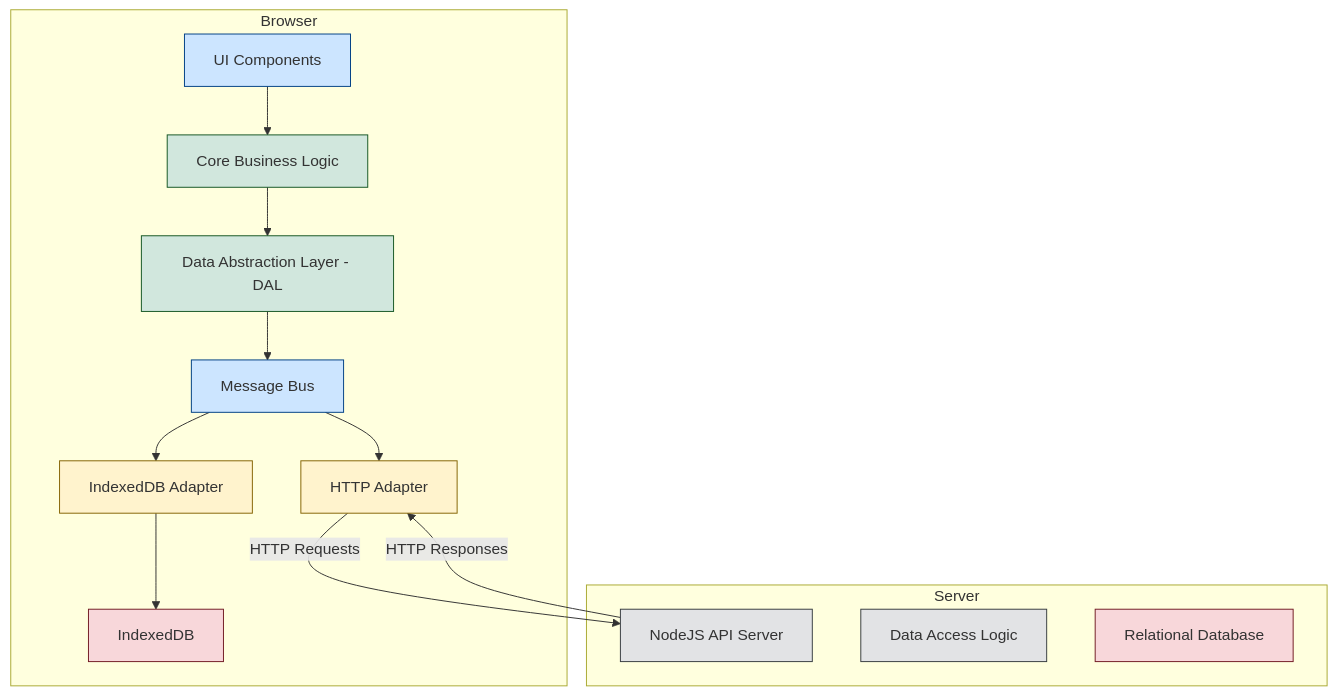
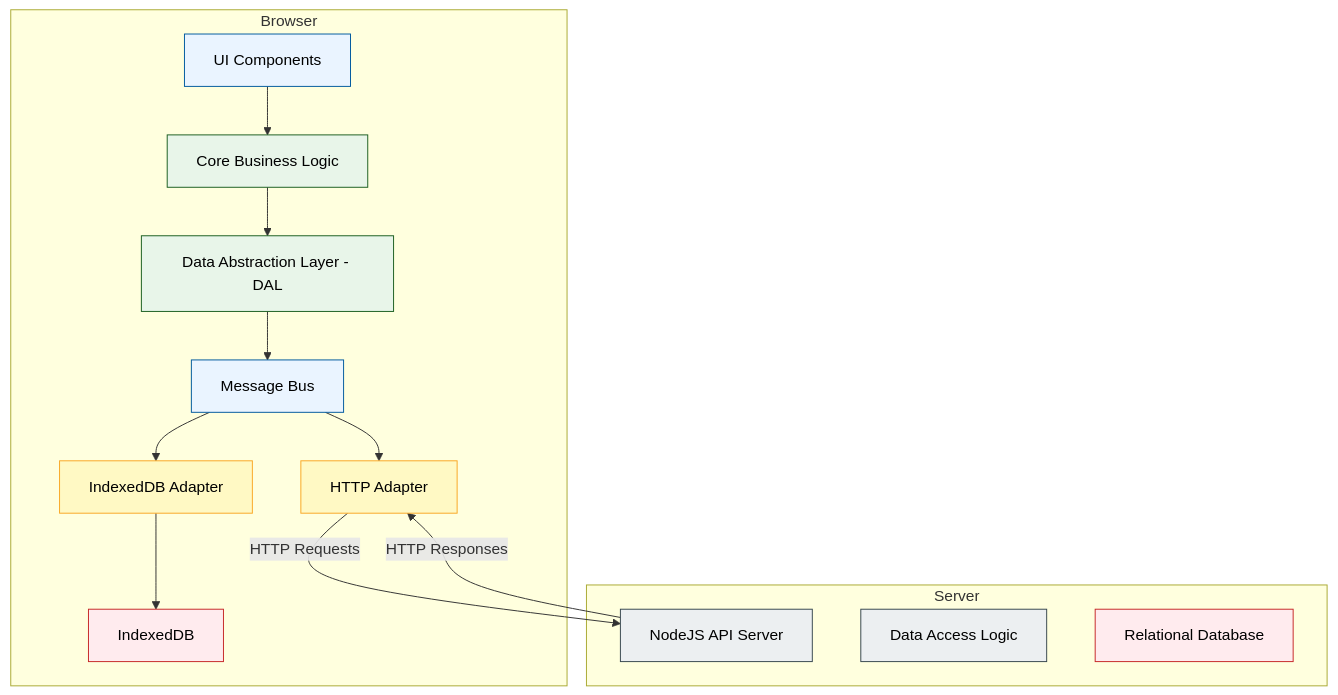
One commit to rngadam/flashcards changed the first of 3 diagrams in DESIGN.md. Above: the diagram before and after it, drawn with Mermaid. The commit also changed other lines of this file, not shown here.

First line of the commit message:
docs: Fix Mermaid diagram syntax and improve readability

````diff
--- a/DESIGN.md
+++ b/DESIGN.md
@@ -16,40 +16,39 @@
 ```mermaid
 graph TD
     subgraph Browser
         A[UI Components]
         B[Core Business Logic]
         C[Data Abstraction Layer - DAL]
         D[Message Bus]
         E[IndexedDB Adapter]
         F[HTTP Adapter]
         G[IndexedDB]
     end
 
     subgraph Server
         H[NodeJS API Server]
         I[Data Access Logic]
         J[Relational Database]
     end
 
     A --> B
     B --> C
     C --> D
     D --> E
     D --> F
     E --> G
     F -- HTTP Requests --> H
     H -- HTTP Responses --> F
 
-    classDef ui fill:#cce5ff,stroke:#004085,stroke-width:1px;
-    classDef logic fill:#d1e7dd,stroke:#155724,stroke-width:1px;
-    classDef adapter fill:#fff3cd,stroke:#856404,stroke-width:1px;
-    classDef datastore fill:#f8d7da,stroke:#721c24,stroke-width:1px;
-    classDef server fill:#e2e3e5,stroke:#383d41,stroke-width:1px;
+    classDef ui fill:#eaf4ff,stroke:#005a9e,stroke-width:1px,color:#000;
+    classDef logic fill:#e8f5e9,stroke:#1b5e20,stroke-width:1px,color:#000;
+    classDef adapter fill:#fff9c4,stroke:#f9a825,stroke-width:1px,color:#000;
+    classDef datastore fill:#ffebee,stroke:#c62828,stroke-width:1px,color:#000;
+    classDef server fill:#eceff1,stroke:#37474f,stroke-width:1px,color:#000;
 
-    class A ui;
+    class A,D ui;
     class B,C logic;
-    class D ui;
     class E,F adapter;
     class G,J datastore;
     class H,I server;
 ```
````
